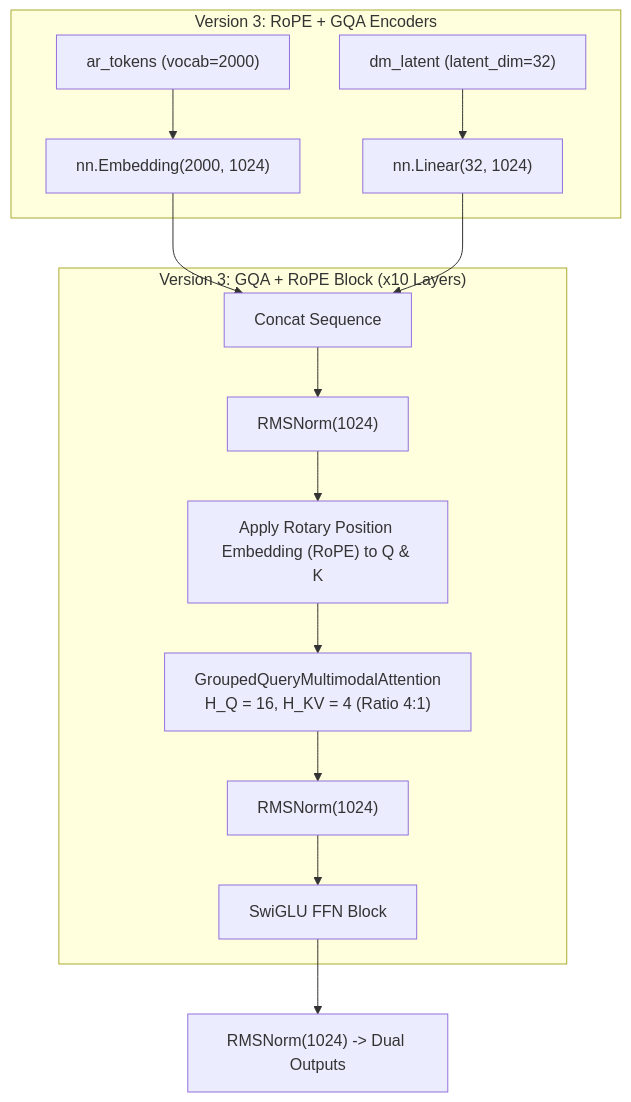
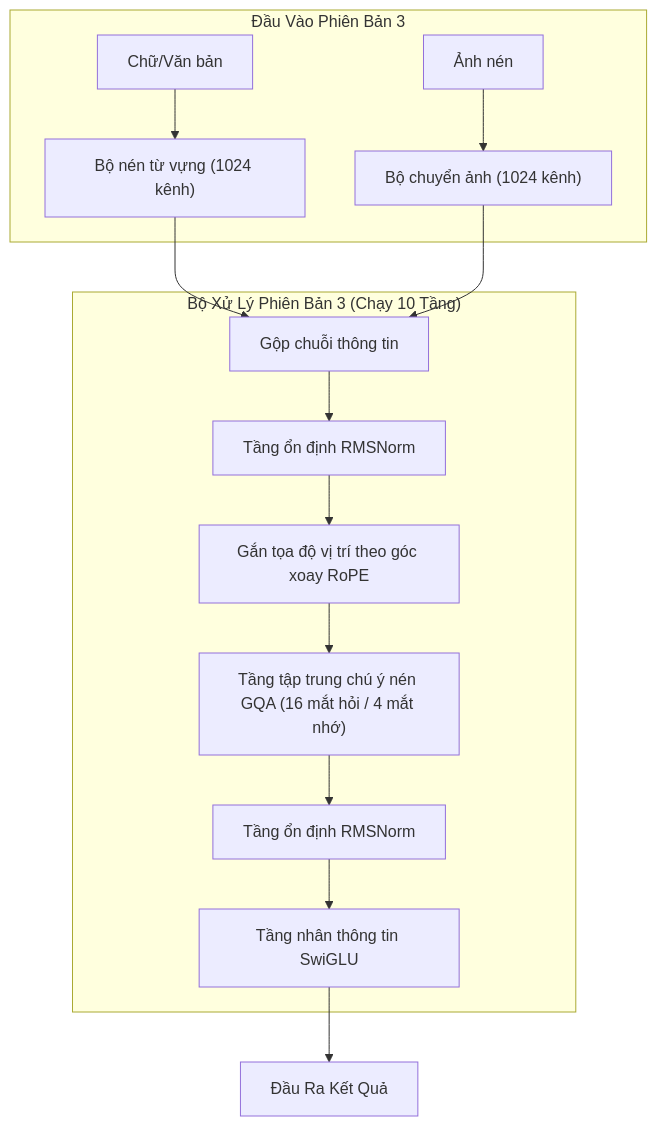
Before and after one commit to datascience180806/mini_cosmos: the fourth of 8 diagrams in VERSION_COMPARISON.md, drawn with Mermaid. The commit also changed other lines of this file, not shown here.

Commit message:
Simplify language in VERSION_COMPARISON.md by replacing math formulas and technical terms with clear, intuitive Vietnamese concepts

````diff
--- a/VERSION_COMPARISON.md
+++ b/VERSION_COMPARISON.md
@@ -119,20 +121,20 @@
 ```mermaid
 flowchart TD
-    subgraph V3_INPUTS["Version 3: RoPE + GQA Encoders"]
-        V3_AR["ar_tokens (vocab=2000)"] --> V3_EMB["nn.Embedding(2000, 1024)"]
-        V3_DM["dm_latent (latent_dim=32)"] --> V3_PROJ["nn.Linear(32, 1024)"]
+    subgraph V3_INPUTS["Đầu Vào Phiên Bản 3"]
+        V3_AR["Chữ/Văn bản"] --> V3_EMB["Bộ nén từ vựng (1024 kênh)"]
+        V3_DM["Ảnh nén"] --> V3_PROJ["Bộ chuyển ảnh (1024 kênh)"]
     end
 
-    V3_EMB --> V3_CAT["Concat Sequence"]
+    V3_EMB --> V3_CAT["Gộp chuỗi thông tin"]
     V3_PROJ --> V3_CAT
 
-    subgraph V3_BLOCKS["Version 3: GQA + RoPE Block (x10 Layers)"]
-        V3_CAT --> V3_RMS1["RMSNorm(1024)"]
-        V3_RMS1 --> V3_ROPE["Apply Rotary Position Embedding (RoPE) to Q & K"]
-        V3_ROPE --> V3_GQA["GroupedQueryMultimodalAttention\nH_Q = 16, H_KV = 4 (Ratio 4:1)"]
-        V3_GQA --> V3_RMS2["RMSNorm(1024)"]
-        V3_RMS2 --> V3_SWIGLU["SwiGLU FFN Block"]
+    subgraph V3_BLOCKS["Bộ Xử Lý Phiên Bản 3 (Chạy 10 Tầng)"]
+        V3_CAT --> V3_RMS1["Tầng ổn định RMSNorm"]
+        V3_RMS1 --> V3_ROPE["Gắn tọa độ vị trí theo góc xoay RoPE"]
+        V3_ROPE --> V3_GQA["Tầng tập trung chú ý nén GQA (16 mắt hỏi / 4 mắt nhớ)"]
+        V3_GQA --> V3_RMS2["Tầng ổn định RMSNorm"]
+        V3_RMS2 --> V3_SWIGLU["Tầng nhân thông tin SwiGLU"]
     end
 
-    V3_SWIGLU --> V3_OUT["RMSNorm(1024) -> Dual Outputs"]
+    V3_SWIGLU --> V3_OUT["Đầu Ra Kết Quả"]
 ```
````
